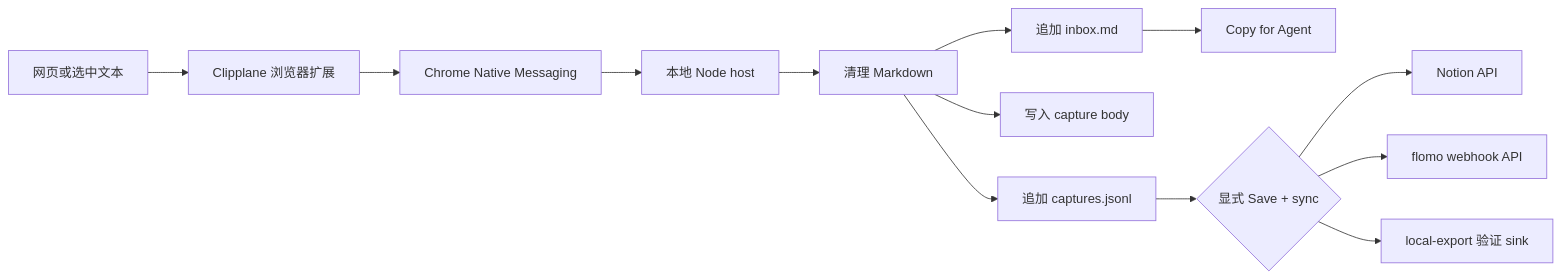
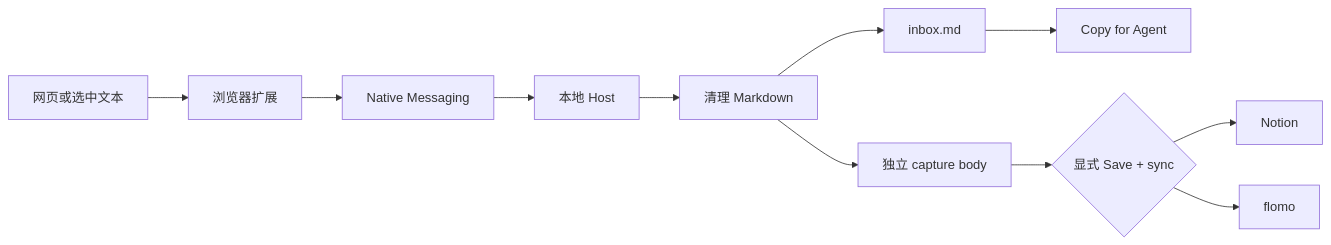
Before and after one commit to KKenny0/Clipplane: the diagram in README.md, drawn with Mermaid. The commit also changed other lines of this file and 5 other files, not shown here.

````diff
--- a/README.md
+++ b/README.md
@@ -157,15 +34,13 @@
 ```mermaid
 flowchart LR
-  A[网页或选中文本] --> B[Clipplane 浏览器扩展]
-  B --> C[Chrome Native Messaging]
-  C --> D[本地 Node host]
+  A[网页或选中文本] --> B[浏览器扩展]
+  B --> C[Native Messaging]
+  C --> D[本地 Host]
   D --> E[清理 Markdown]
-  E --> G[追加 inbox.md]
-  E --> H[写入 capture body]
-  E --> I[追加 captures.jsonl]
-  G --> N[Copy for Agent]
-  I --> J{显式 Save + sync}
-  J --> K[Notion API]
-  J --> L[flomo webhook API]
-  J --> M[local-export 验证 sink]
+  E --> F[inbox.md]
+  E --> G[独立 capture body]
+  F --> H[Copy for Agent]
+  G --> I{显式 Save + sync}
+  I --> J[Notion]
+  I --> K[flomo]
 ```
````
